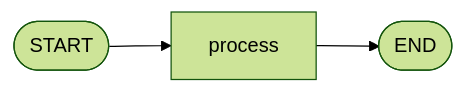
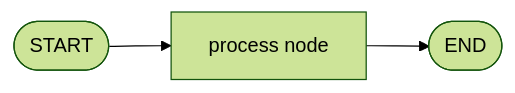
One commit to Walid-Ahmed/langgraph-tutorials changed the first of 2 diagrams in 1-Langgraph basics/README.md. Above: the diagram before and after it, drawn with Mermaid (forest theme). The commit also changed other lines of this file and 4 other files, not shown here.

````diff
--- a/1-Langgraph basics/README.md
+++ b/1-Langgraph basics/README.md
@@ -16,5 +11,5 @@
 ```mermaid
 flowchart LR
-    START([START]) --> PROCESS["process"]
+    START([START]) --> PROCESS["process node"]
     PROCESS --> END([END])
 ```
````
